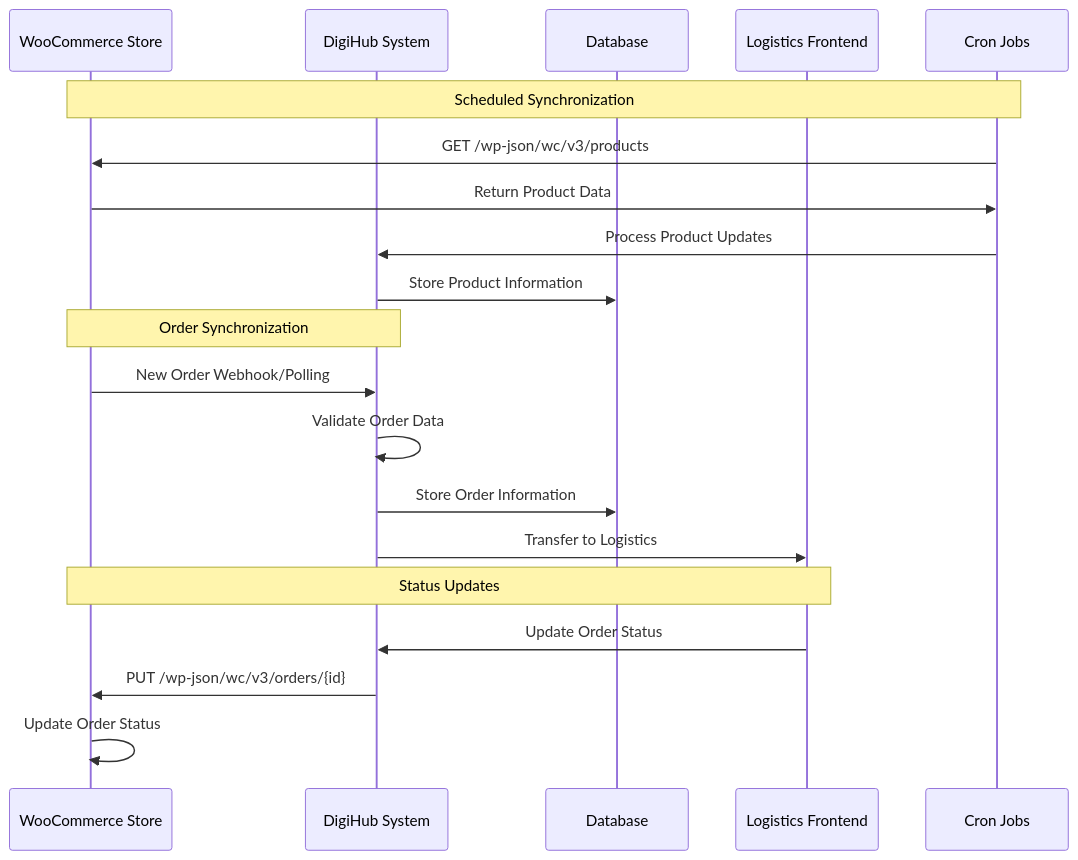
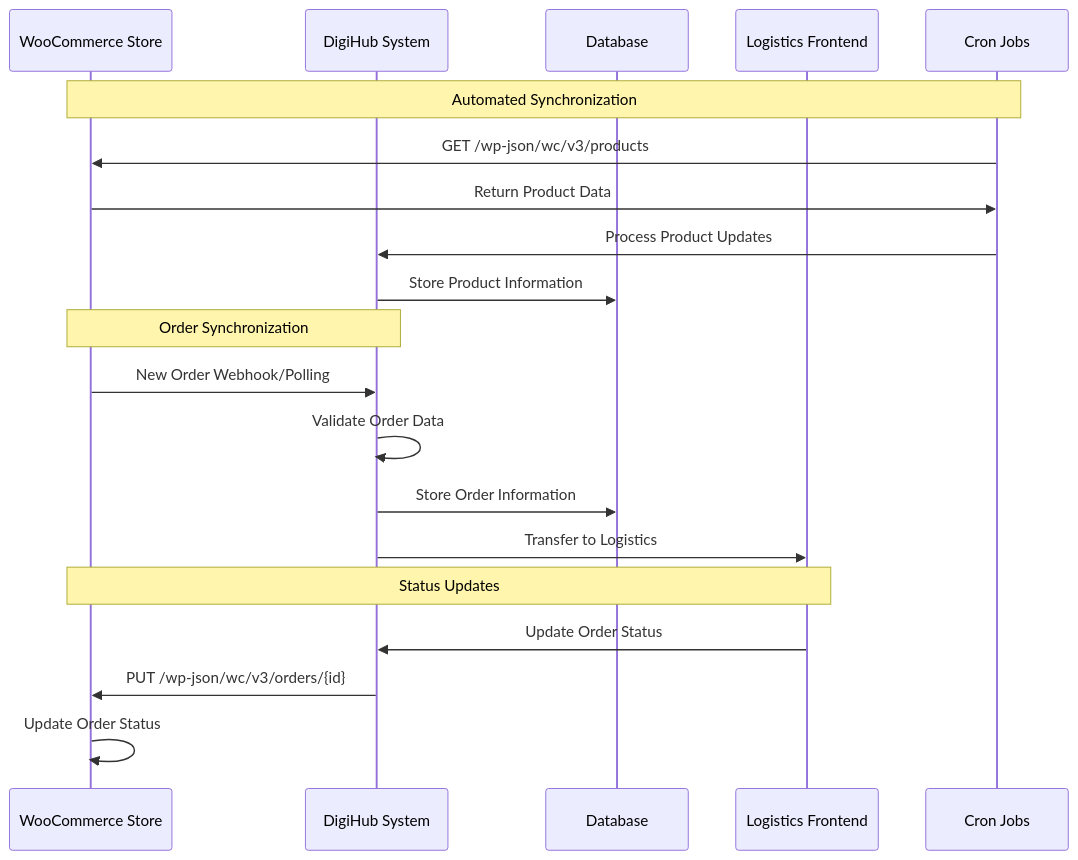
The ninth of 44 diagrams in README.md (sandeepkumar0801/Digihub), drawn with Mermaid before and after one commit. The commit also changed other lines of this file and 1 other file, not shown here.

````diff
--- a/README.md
+++ b/README.md
@@ -1792,25 +1804,25 @@
 ```mermaid
 sequenceDiagram
     participant WC as WooCommerce Store
     participant DH as DigiHub System
     participant DB as Database
     participant LF as Logistics Frontend
     participant CJ as Cron Jobs
 
-    Note over CJ,WC: Scheduled Synchronization
+    Note over CJ,WC: Automated Synchronization
     CJ->>WC: GET /wp-json/wc/v3/products
     WC->>CJ: Return Product Data
     CJ->>DH: Process Product Updates
     DH->>DB: Store Product Information
 
     Note over WC,DH: Order Synchronization
     WC->>DH: New Order Webhook/Polling
     DH->>DH: Validate Order Data
     DH->>DB: Store Order Information
     DH->>LF: Transfer to Logistics
 
     Note over LF,WC: Status Updates
     LF->>DH: Update Order Status
     DH->>WC: PUT /wp-json/wc/v3/orders/{id}
     WC->>WC: Update Order Status
 ```
````
